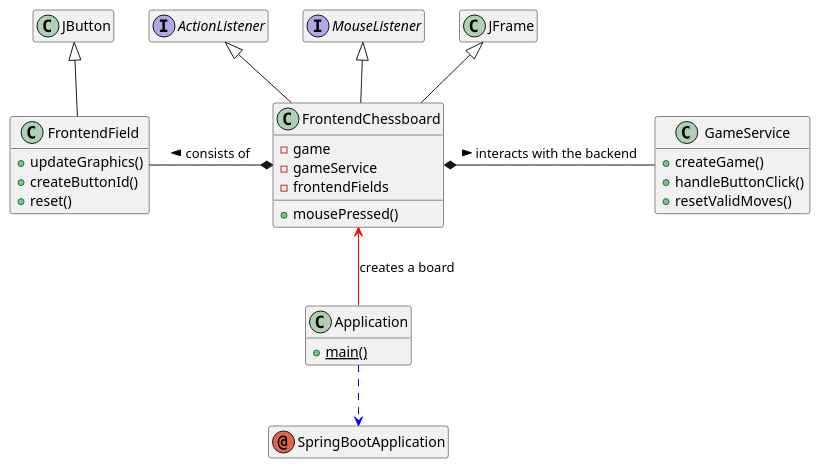
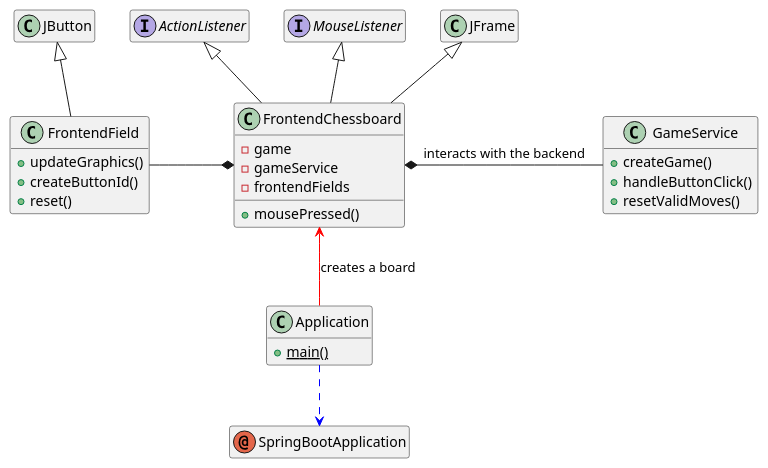
Before and after one commit to tiktaalick/chess-with-database: the diagram in game/src/main/resources/uml/frontend.puml, drawn with PlantUML. The commit also changed 1 other file, not shown here.

Commit message:
* Minor updates to the class diagrams.

```diff
--- a/game/src/main/resources/uml/frontend.puml
+++ b/game/src/main/resources/uml/frontend.puml
@@ -1,60 +1,60 @@
 @startuml
 
 '--------------'
 'Hidden members'
 '--------------'
 hide empty members
 
 '-----------'
 'Annotations'
 '-----------'
 annotation SpringBootApplication
 
 '-----------'
 'Application'
 '-----------'
 class Application {
     + {static} main()
 }
 
 '-----'
 'Swing'
 '-----'
 interface ActionListener{
 }
 
 interface MouseListener{
 }
 
 class FrontendChessboard{
     - game
     - gameService
     - frontendFields
     + mousePressed()
 }
 
 class FrontendField {
     + updateGraphics()
     + createButtonId()
     + reset()
 }
 
 class GameService {
     + createGame()
     + handleButtonClick()
     + resetValidMoves()
 }
 
 '---------'
 'Relations'
 '---------'
 JFrame <|-- FrontendChessboard
 JButton <|-- FrontendField
 ActionListener <|-- FrontendChessboard
 MouseListener <|-- FrontendChessboard
-FrontendChessboard *-left- FrontendField : consists of >
-FrontendChessboard *-right- GameService : interacts with the backend >
+FrontendChessboard *-left- FrontendField
+FrontendChessboard *-right- GameService : interacts with the backend
 FrontendChessboard <-[#red]- Application : creates a board
 Application .down[#blue].> SpringBootApplication
 
 @enduml
```
